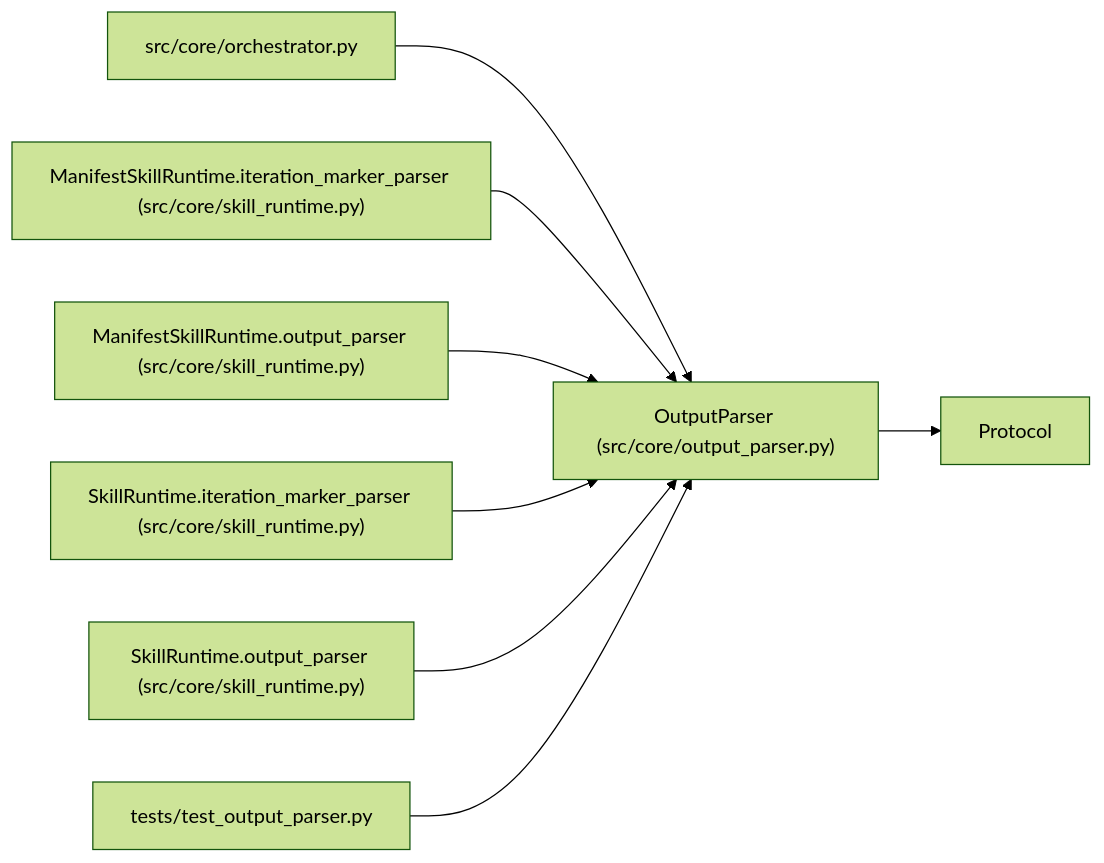
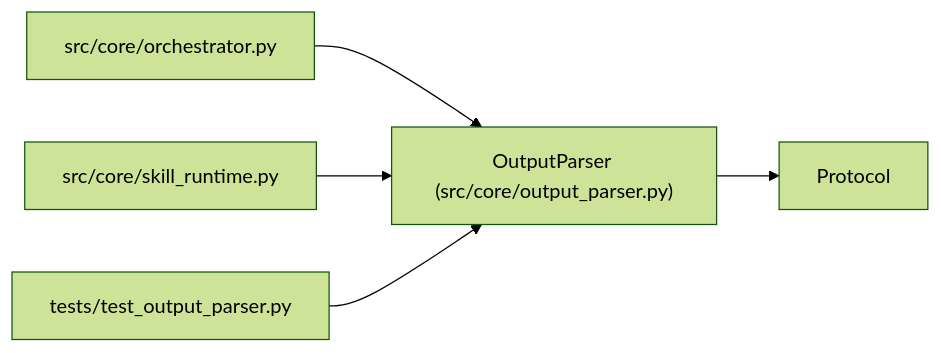
One commit to Denissvgn/autoresearch-agent changed the diagram in docs/llm_wiki/entities/OutputParser.md. Above: the diagram before and after it, drawn with Mermaid (forest theme). The commit also changed other lines of this file and 1033 other files, not shown here.

````diff
--- a/docs/llm_wiki/entities/OutputParser.md
+++ b/docs/llm_wiki/entities/OutputParser.md
@@ -37,25 +37,16 @@
 ```mermaid
 flowchart LR
     n0["OutputParser (src/core/output_parser.py)"]
     n1["Protocol"]
     n2["src/core/orchestrator.py"]
-    n3["ManifestSkillRuntime.iteration_marker_parser (src/core/skill_runtime.py)"]
-    n4["ManifestSkillRuntime.output_parser (src/core/skill_runtime.py)"]
-    n5["SkillRuntime.iteration_marker_parser (src/core/skill_runtime.py)"]
-    n6["SkillRuntime.output_parser (src/core/skill_runtime.py)"]
-    n7["tests/test_output_parser.py"]
+    n3["src/core/skill_runtime.py"]
+    n4["tests/test_output_parser.py"]
     n0 --> n1
     n2 --> n0
     n3 --> n0
     n4 --> n0
-    n5 --> n0
-    n6 --> n0
-    n7 --> n0
     click n0 "../modules/output_parser.md"
     click n2 "../modules/orchestrator.md"
     click n3 "../modules/skill_runtime.md"
-    click n4 "../modules/skill_runtime.md"
-    click n5 "../modules/skill_runtime.md"
-    click n6 "../modules/skill_runtime.md"
-    click n7 "../modules/test_output_parser.md"
+    click n4 "../modules/test_output_parser.md"
 ```
````
